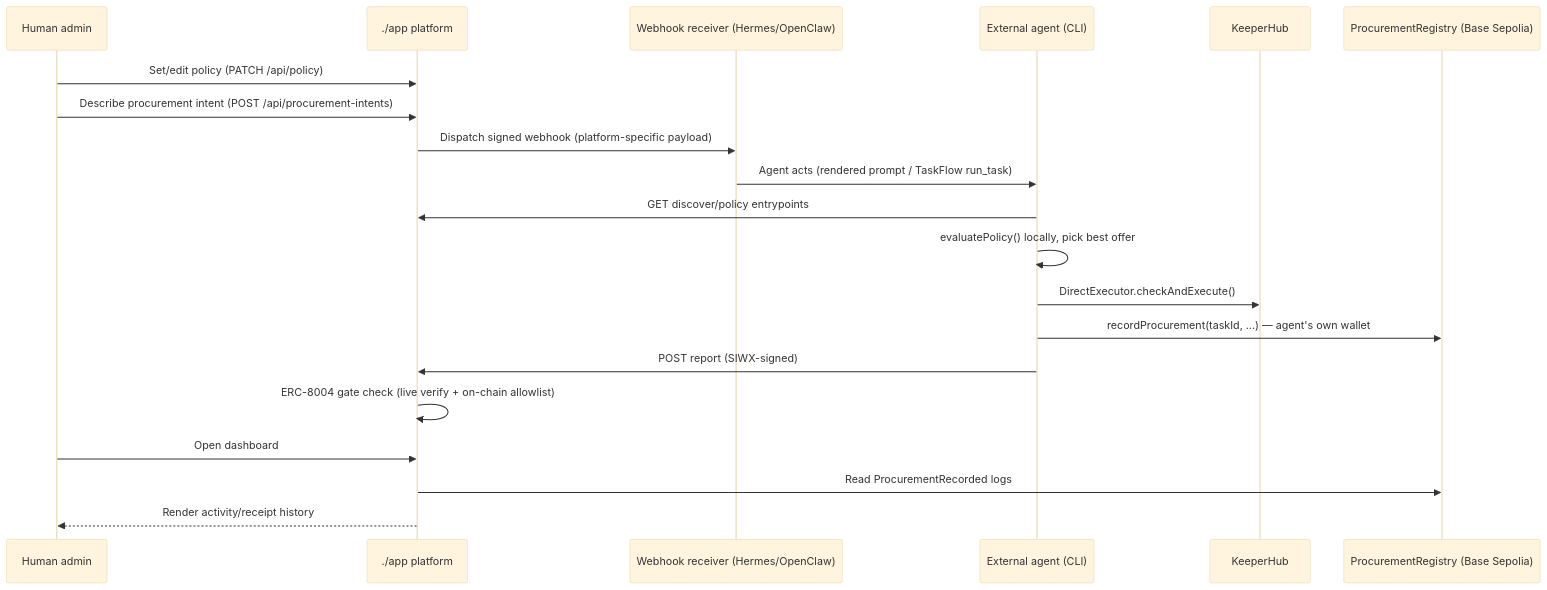
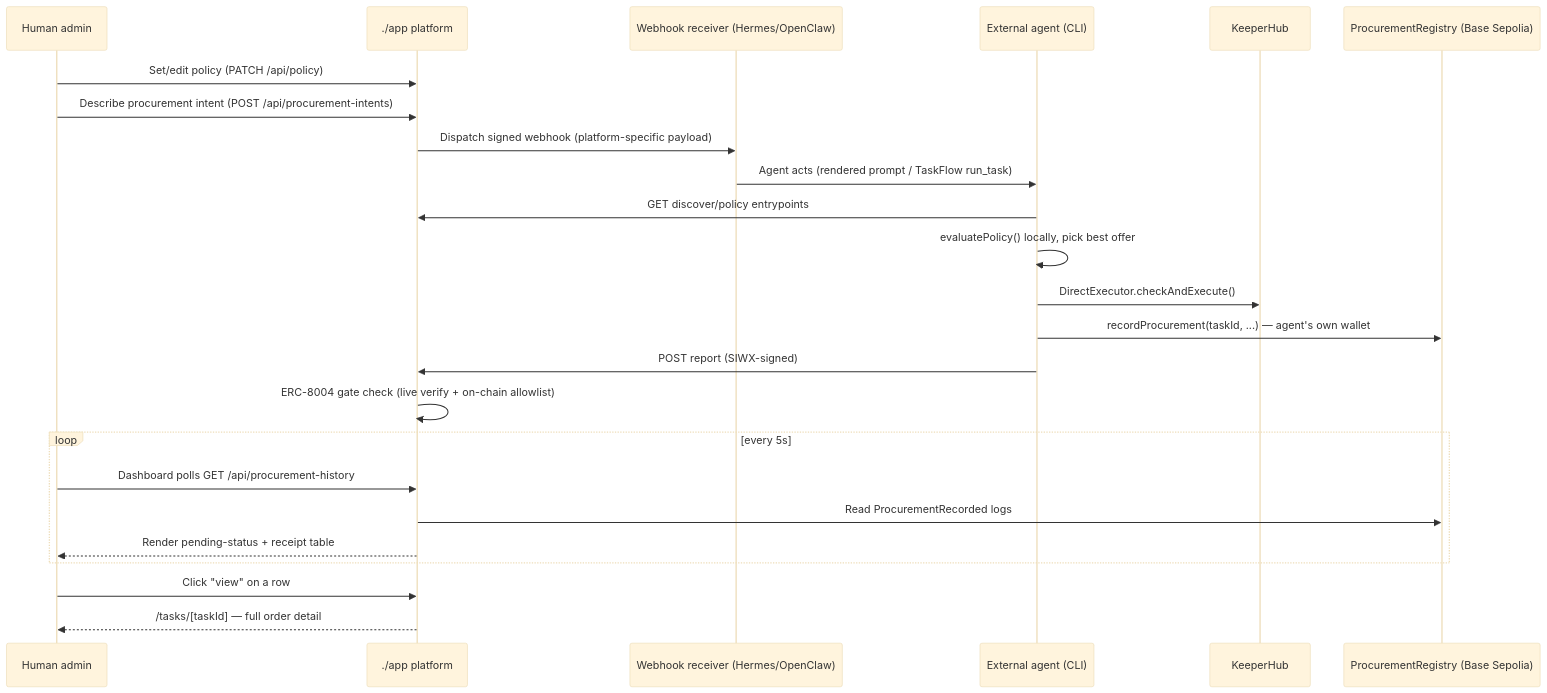
The second of 2 diagrams in README.md (masaun/enterprise-procurement-agent-platform), drawn with Mermaid (base theme) before and after one commit. The commit also changed other lines of this file and 14 other files, not shown here.

````diff
--- a/README.md
+++ b/README.md
@@ -163,23 +163,27 @@
 ```mermaid
 sequenceDiagram
     participant H as Human admin
     participant P as ./app platform
     participant W as Webhook receiver (Hermes/OpenClaw)
     participant A as External agent (CLI)
     participant K as KeeperHub
     participant C as ProcurementRegistry (Base Sepolia)
 
     H->>P: Set/edit policy (PATCH /api/policy)
     H->>P: Describe procurement intent (POST /api/procurement-intents)
     P->>W: Dispatch signed webhook (platform-specific payload)
     W->>A: Agent acts (rendered prompt / TaskFlow run_task)
     A->>P: GET discover/policy entrypoints
     A->>A: evaluatePolicy() locally, pick best offer
     A->>K: DirectExecutor.checkAndExecute()
     A->>C: recordProcurement(taskId, ...) — agent's own wallet
     A->>P: POST report (SIWX-signed)
     P->>P: ERC-8004 gate check (live verify + on-chain allowlist)
-    H->>P: Open dashboard
-    P->>C: Read ProcurementRecorded logs
-    P-->>H: Render activity/receipt history
+    loop every 5s
+        H->>P: Dashboard polls GET /api/procurement-history
+        P->>C: Read ProcurementRecorded logs
+        P-->>H: Render pending-status + receipt table
+    end
+    H->>P: Click "view" on a row
+    P-->>H: /tasks/[taskId] — full order detail
 ```
````
